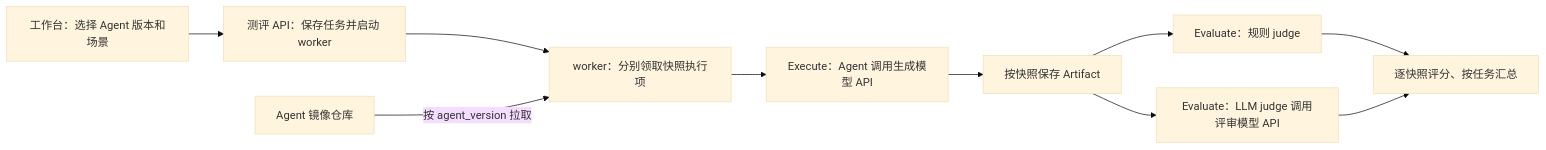
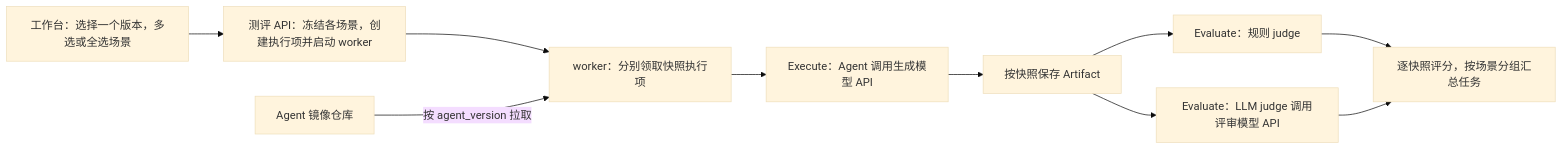
Before and after one commit to zhaochy1990/running: the first of 2 diagrams in docs/superpowers/specs/2026-11-23-offline-plan-eval.md, drawn with Mermaid (base theme). The commit also changed other lines of this file and 1 other file, not shown here.

````diff
--- a/docs/superpowers/specs/2026-11-23-offline-plan-eval.md
+++ b/docs/superpowers/specs/2026-11-23-offline-plan-eval.md
@@ -30,12 +30,12 @@
 ```mermaid
 flowchart LR
-    UI["工作台：选择 Agent 版本和场景"] --> API["测评 API：保存任务并启动 worker"]
+    UI["工作台：选择一个版本，多选或全选场景"] --> API["测评 API：冻结各场景，创建执行项并启动 worker"]
     API --> W["worker：分别领取快照执行项"]
     REG["Agent 镜像仓库"] -->|按 agent_version 拉取| W
     W --> EX["Execute：Agent 调用生成模型 API"]
     EX --> STORE["按快照保存 Artifact"]
     STORE --> RULE["Evaluate：规则 judge"]
     STORE --> LLM["Evaluate：LLM judge 调用评审模型 API"]
-    RULE --> REP["逐快照评分、按任务汇总"]
+    RULE --> REP["逐快照评分，按场景分组汇总任务"]
     LLM --> REP
 ```
````
